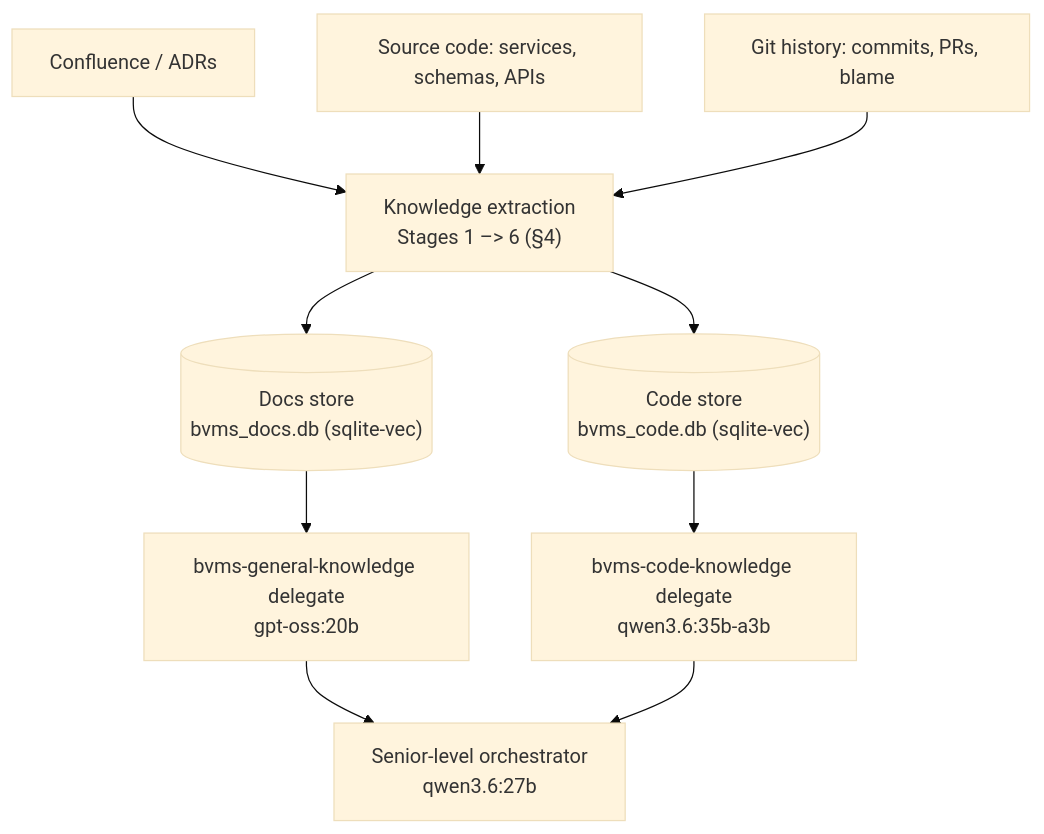
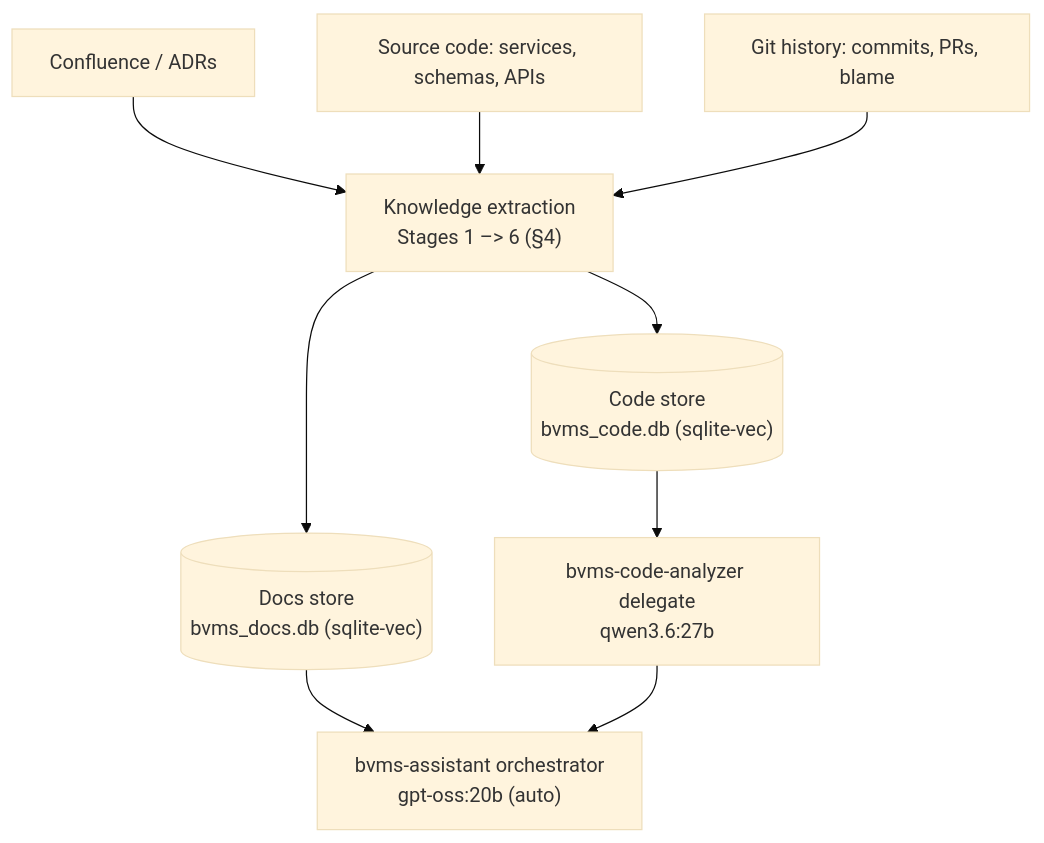
Before and after one commit to NguyenPhamCode4You/ai-home-lab-docker-compose: the diagram in ai-c4y/planning/design-principle.md, drawn with Mermaid (base theme). The commit also changed other lines of this file and 1 other file, not shown here.

````diff
--- a/ai-c4y/planning/design-principle.md
+++ b/ai-c4y/planning/design-principle.md
@@ -40,13 +40,12 @@
 ```mermaid
 flowchart TB
     A1[Confluence / ADRs] --> B
     A2[Source code: services, schemas, APIs] --> B
     A3[Git history: commits, PRs, blame] --> B
     B["Knowledge extraction<br/> Stages 1 –> 6 (§4)"]
     B --> S1[("Docs store<br/>bvms_docs.db (sqlite-vec)")]
     B --> S2[("Code store<br/>bvms_code.db (sqlite-vec)")]
-    S1 --> B1["bvms-general-knowledge delegate<br/>gpt-oss:20b"]
-    S2 --> B2["bvms-code-knowledge delegate<br/>qwen3.6:35b-a3b"]
-    B1 --> ANS[Senior-level orchestrator<br/>qwen3.6:27b]
+    S1 --> ANS["bvms-assistant orchestrator<br/>gpt-oss:20b (auto)"]
+    S2 --> B2["bvms-code-analyzer delegate<br/>qwen3.6:27b"]
     B2 --> ANS
 ```
````
